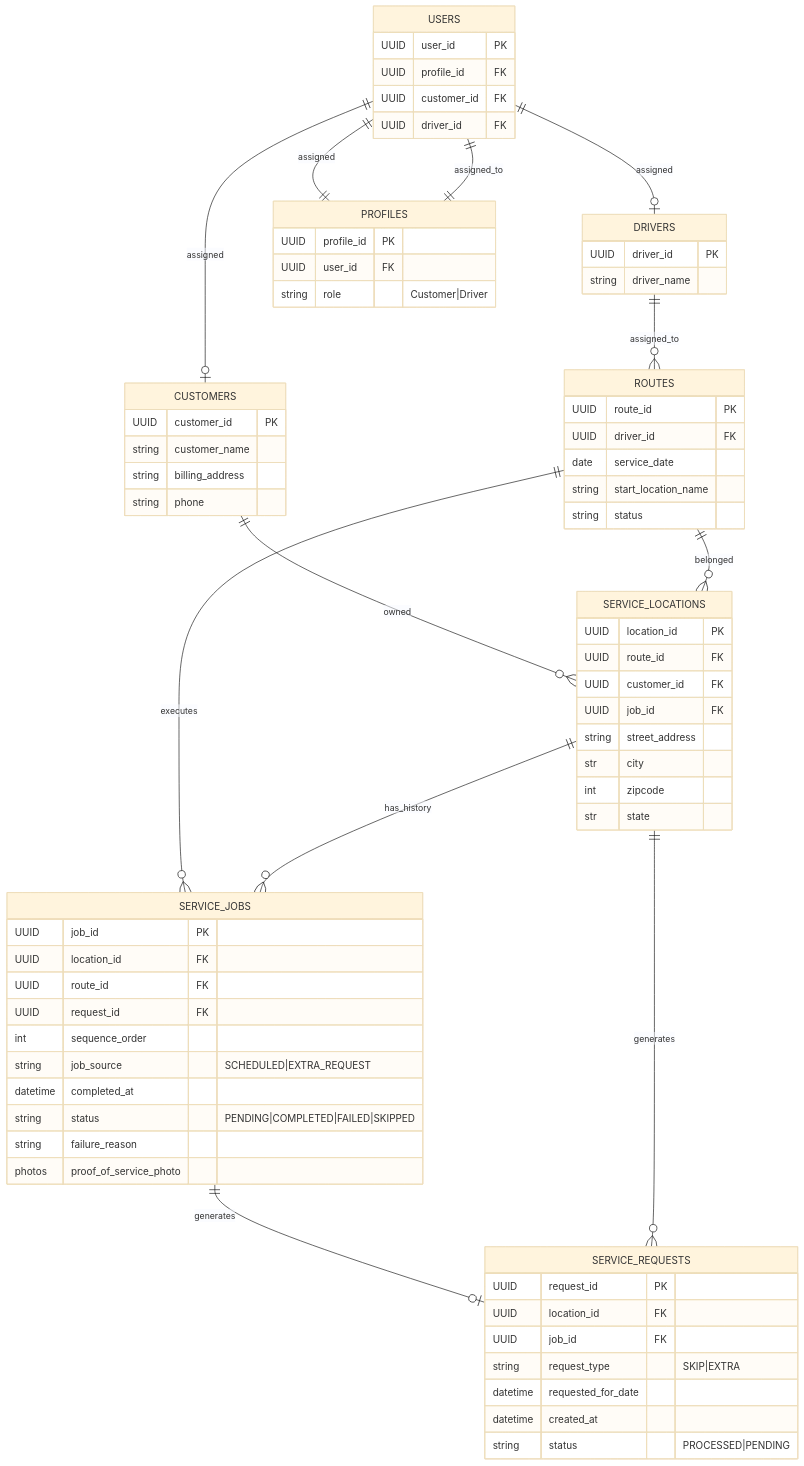
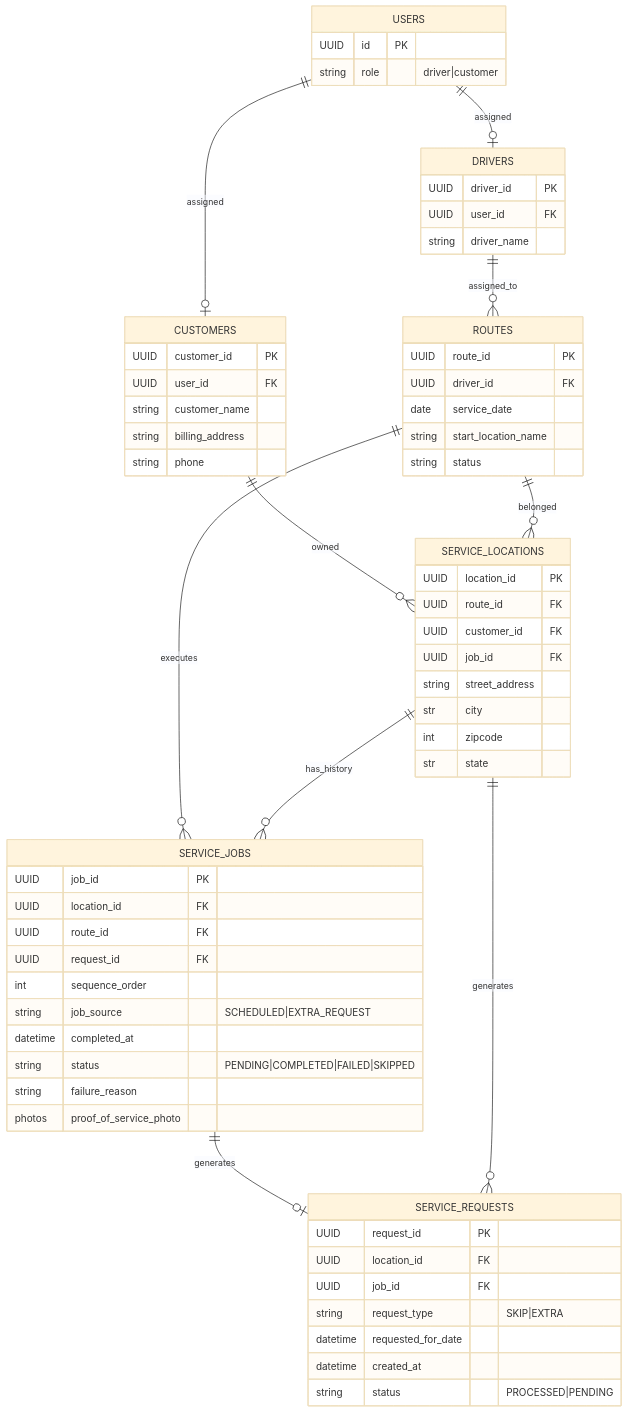
The diagram in erd.md (jwin-sudo/dsd-feb-26-cohort), drawn with Mermaid (base theme) before and after one commit.

Commit message:
Update ERD to include user_id in CUSTOMERS and DRIVERS tables; remove PROFILES table and adjust USERS relationships

```diff
--- a/erd.md
+++ b/erd.md
@@ -2,6 +2,7 @@
 erDiagram
     CUSTOMERS {
         UUID customer_id PK
+        UUID user_id FK
         string customer_name
         string billing_address
         string phone
@@ -20,6 +21,7 @@
 
     DRIVERS {
         UUID driver_id PK
+        UUID user_id FK
         string driver_name
     }
 
@@ -55,23 +57,13 @@
         string status "PROCESSED|PENDING"
     }
 
-    PROFILES {
-        UUID profile_id PK
-        UUID user_id FK
-        string role "Customer|Driver"
-    }
-
     USERS {
-        UUID user_id PK
-        UUID profile_id FK
-        UUID customer_id FK
-        UUID driver_id FK
+        UUID id PK
+        string role "driver|customer"
     }
 
     %% Relationships
     CUSTOMERS ||--o{ SERVICE_LOCATIONS : "owned"
-    USERS ||--|| PROFILES : "assigned"
-    USERS ||--|| PROFILES : "assigned_to"
     USERS ||--o| CUSTOMERS : "assigned"
     USERS ||--o| DRIVERS : "assigned"
     DRIVERS ||--o{ ROUTES : "assigned_to"
```
